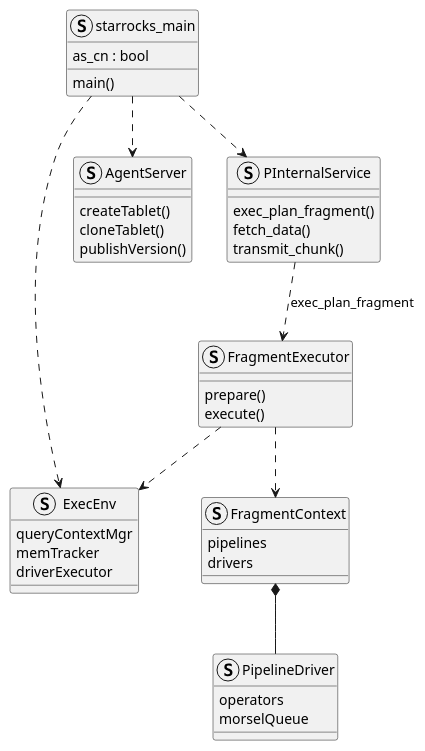
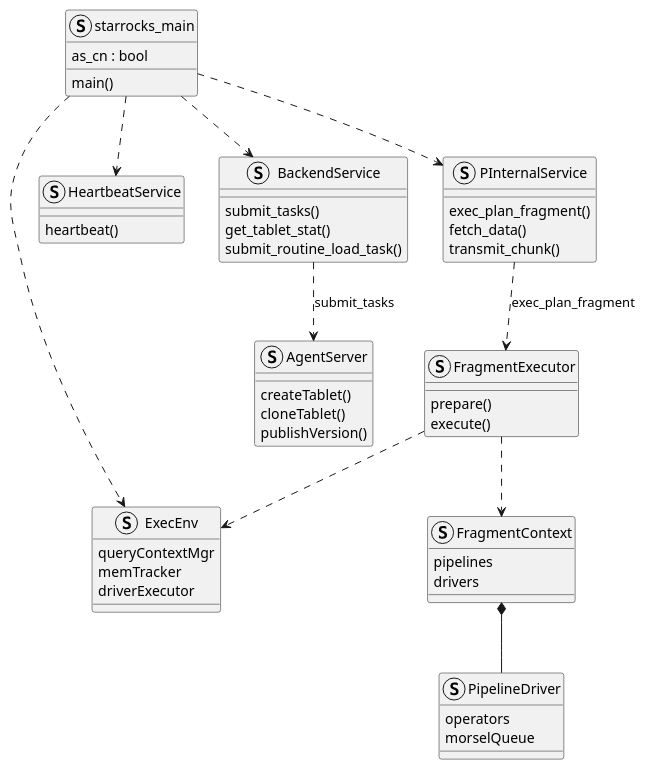
The first of 5 diagrams in content/post/data/db/starrocks/backend/index.md (kevinwang930/kevinwang930.github.io), drawn with PlantUML before and after one commit. The commit also changed other lines of this file and 10 other files, not shown here.

````diff
--- a/content/post/data/db/starrocks/backend/index.md
+++ b/content/post/data/db/starrocks/backend/index.md
@@ -64,51 +65,63 @@
 ```plantuml
 @startuml
 
 struct starrocks_main {
   as_cn : bool
   main()
 }
 
 struct ExecEnv {
   queryContextMgr
   memTracker
   driverExecutor
+}
+
+struct HeartbeatService {
+  heartbeat()
+}
+
+struct BackendService {
+  submit_tasks()
+  get_tablet_stat()
+  submit_routine_load_task()
 }
 
 struct AgentServer {
   createTablet()
   cloneTablet()
   publishVersion()
 }
 
 struct PInternalService {
   exec_plan_fragment()
   fetch_data()
   transmit_chunk()
 }
 
 struct FragmentExecutor {
   prepare()
   execute()
 }
 
 struct FragmentContext {
   pipelines
   drivers
 }
 
 struct PipelineDriver {
   operators
   morselQueue
 }
 
 starrocks_main ..> ExecEnv
-starrocks_main ..> AgentServer
+starrocks_main ..> HeartbeatService
+starrocks_main ..> BackendService
 starrocks_main ..> PInternalService
+BackendService ..> AgentServer : submit_tasks
 PInternalService ..> FragmentExecutor : exec_plan_fragment
 FragmentExecutor ..> FragmentContext
 FragmentContext *-- PipelineDriver
 FragmentExecutor ..> ExecEnv
 
 @enduml
 ```
````
